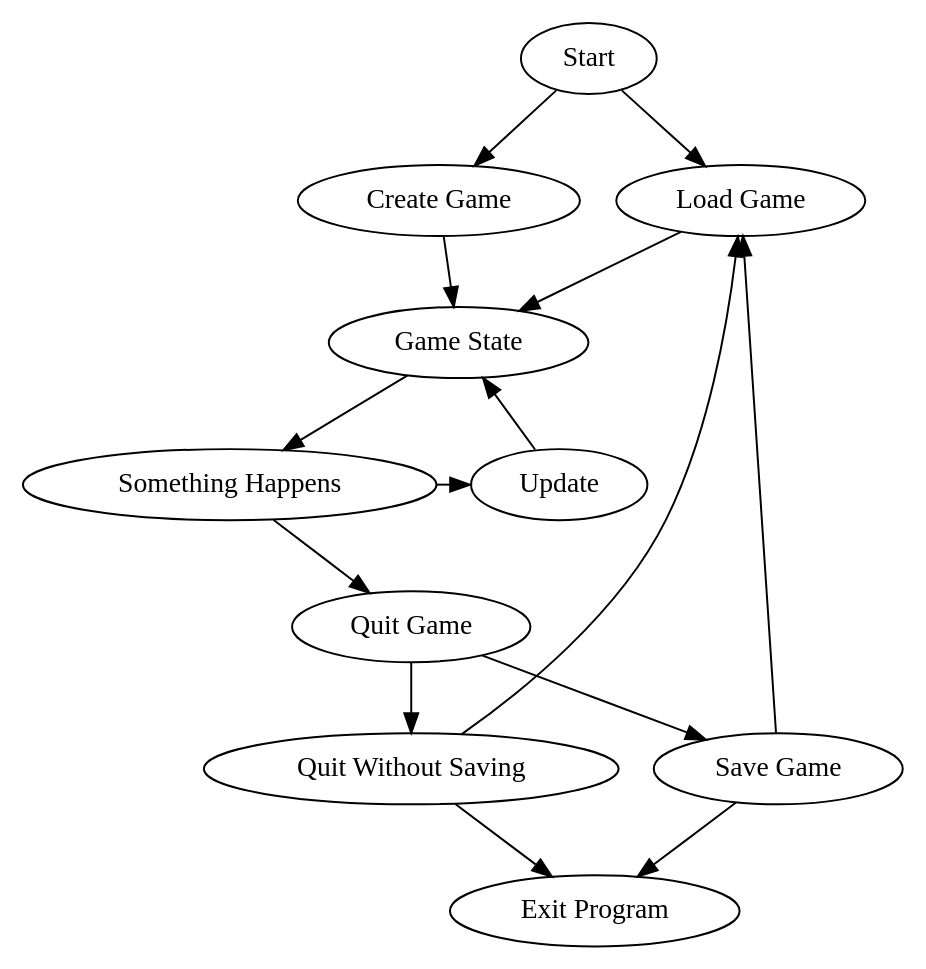
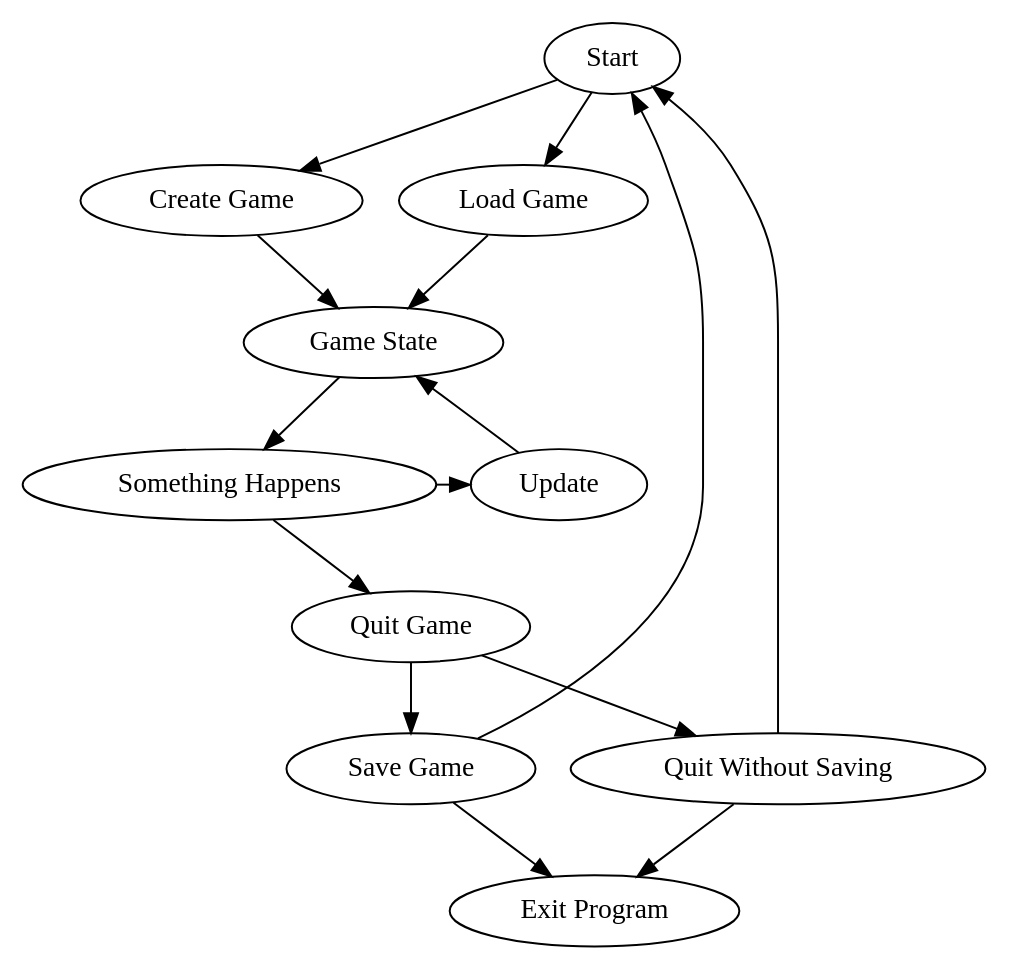
The diagram in game-loop.dot (brain-fuel-co/python-game), drawn with Graphviz before and after one commit. The commit also changed 1 other file, not shown here.

```diff
--- a/game-loop.dot
+++ b/game-loop.dot
@@ -1,12 +1,12 @@
 digraph G {
   "Start" -> {"Create Game", "Load Game"}
   { rank=same; "Create Game", "Load Game"}
   {"Create Game", "Load Game"} -> "Game State"
   "Game State" -> "Something Happens"
   "Something Happens" -> {"Update", "Quit Game"}
   { rank=same; "Something Happens", "Update" }
   "Update" -> "Game State"
 
   "Quit Game" -> {"Save Game", "Quit Without Saving"}
-  {"Save Game", "Quit Without Saving"} -> {"Load Game", "Exit Program"}
+  {"Save Game", "Quit Without Saving"} -> {"Start", "Exit Program"}
 }
```
